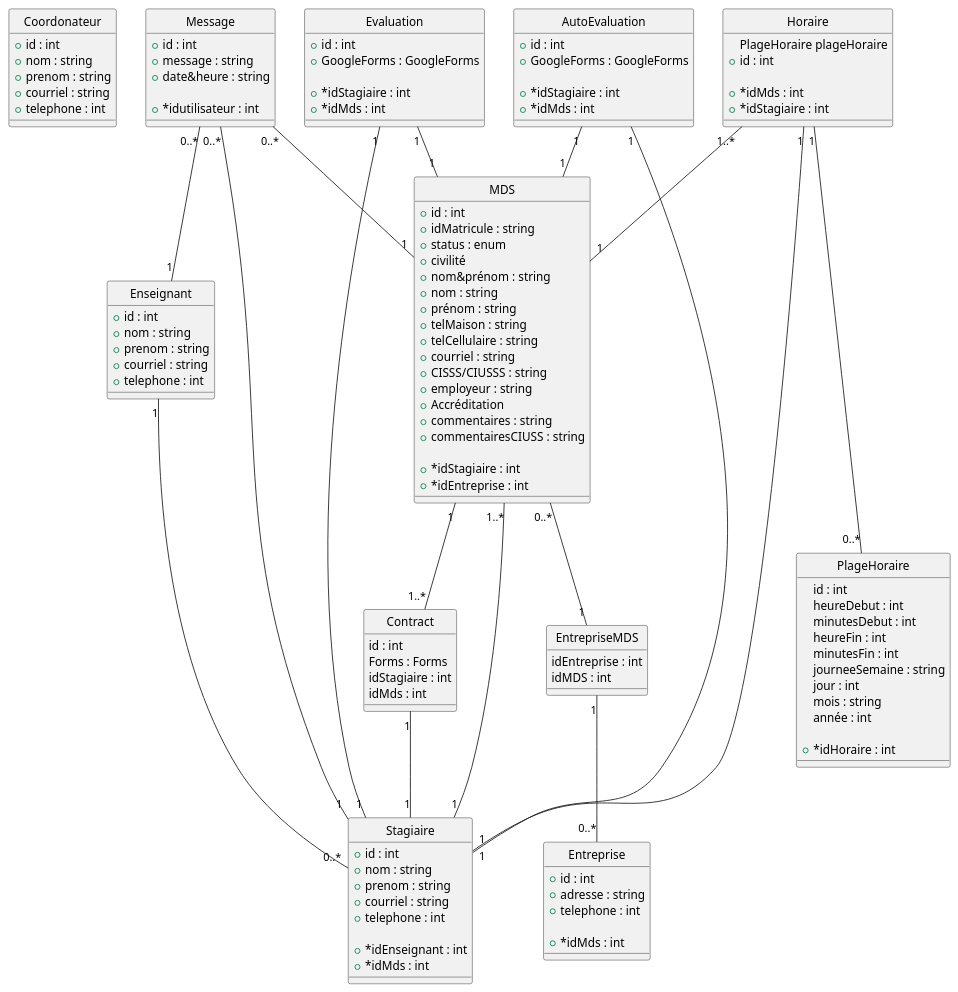
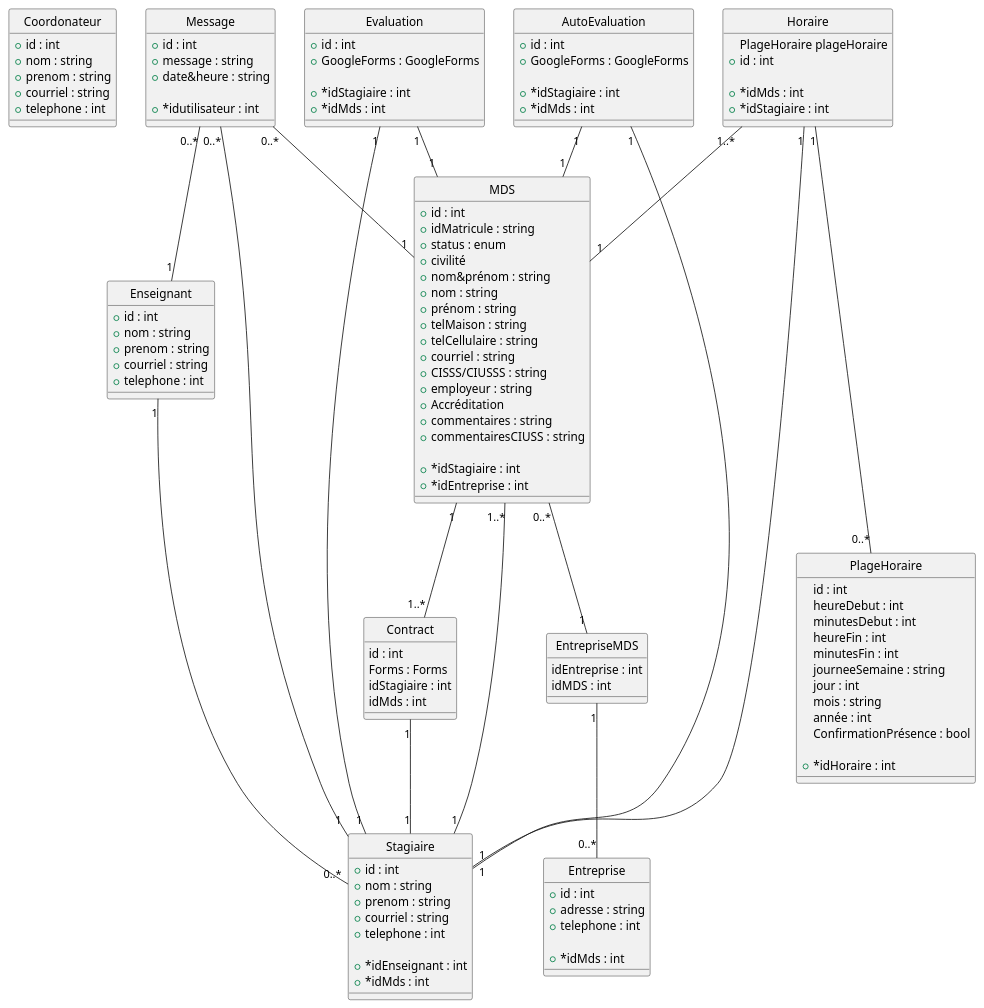
The diagram in Analyse/bd_diagramme.md (thatscringebro/SPU), drawn with PlantUML before and after one commit.

Commit message:
Ajout bool diagramme BD

```diff
--- a/Analyse/bd_diagramme.md
+++ b/Analyse/bd_diagramme.md
@@ -114,6 +114,7 @@
     jour : int
     mois : string
     année : int
+    ConfirmationPrésence : bool
 
     + *idHoraire : int
 }
@@ -124,6 +125,20 @@
     idStagiaire : int
     idMds : int
 }
+
+' class TypeEmployeur {
+'     TypeEmployeur : Enum
+' }
+
+' class Statut {
+'     Enum
+' }
+
+' class Statut {
+'     Enum
+' }
+
+
 
 Horaire "1" --- "0..*" PlageHoraire
 
```
